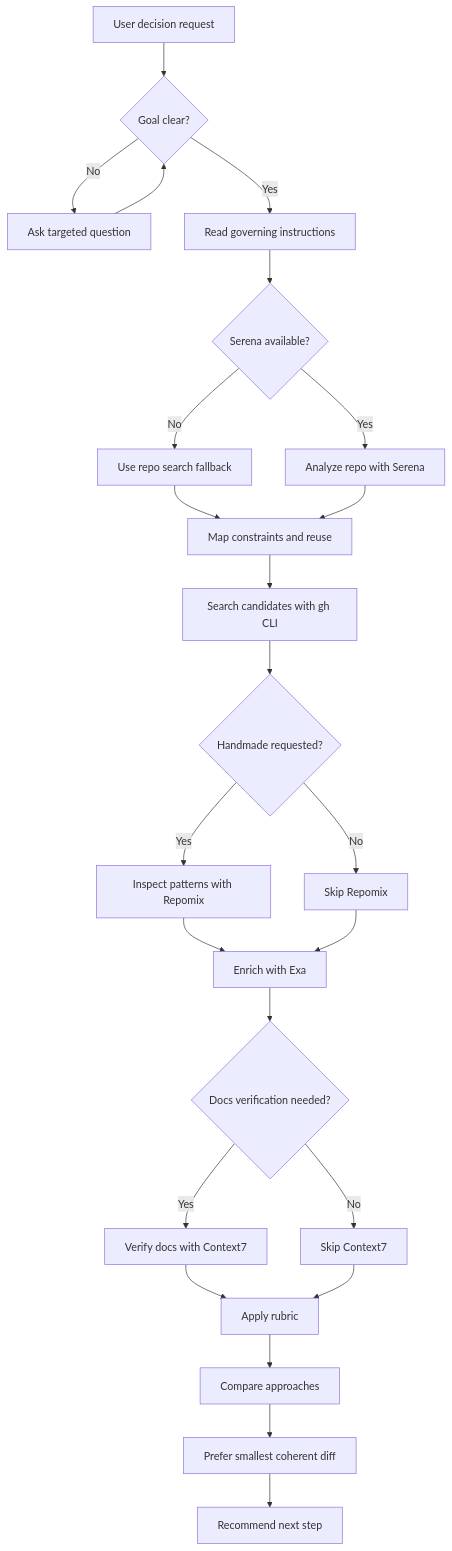
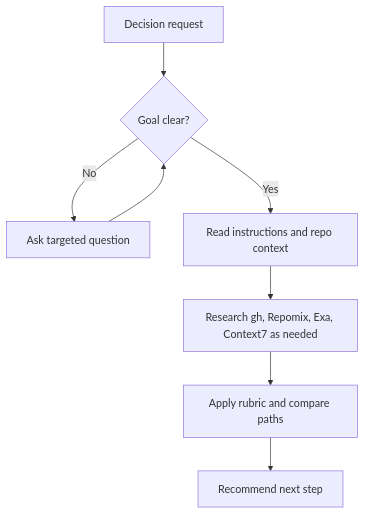
The diagram in skills/brainstorm/SKILL.md (mvagnon/plan-based-agentic-workflow), drawn with Mermaid before and after one commit. The commit also changed other lines of this file and 14 other files, not shown here.

````diff
--- a/skills/brainstorm/SKILL.md
+++ b/skills/brainstorm/SKILL.md
@@ -26,26 +26,10 @@
 ```mermaid
 flowchart TD
-  A[User decision request] --> B{Goal clear?}
+  A[Decision request] --> B{Goal clear?}
   B -->|No| C[Ask targeted question]
   C --> B
-  B -->|Yes| D[Read governing instructions]
-  D --> E{Serena available?}
-  E -->|No| F[Use repo search fallback]
-  E -->|Yes| G[Analyze repo with Serena]
-  F --> H[Map constraints and reuse]
-  G --> H
-  H --> I[Search candidates with gh CLI]
-  I --> J{Handmade requested?}
-  J -->|Yes| K[Inspect patterns with Repomix]
-  J -->|No| L[Skip Repomix]
-  K --> M[Enrich with Exa]
-  L --> M
-  M --> N{Docs verification needed?}
-  N -->|Yes| O[Verify docs with Context7]
-  N -->|No| P[Skip Context7]
-  O --> R[Apply rubric]
-  P --> R
-  R --> S[Compare approaches]
-  S --> T[Prefer smallest coherent diff]
-  T --> U[Recommend next step]
+  B -->|Yes| D[Read instructions and repo context]
+  D --> E[Research gh, Repomix, Exa, Context7 as needed]
+  E --> F[Apply rubric and compare paths]
+  F --> G[Recommend next step]
 ```
````
